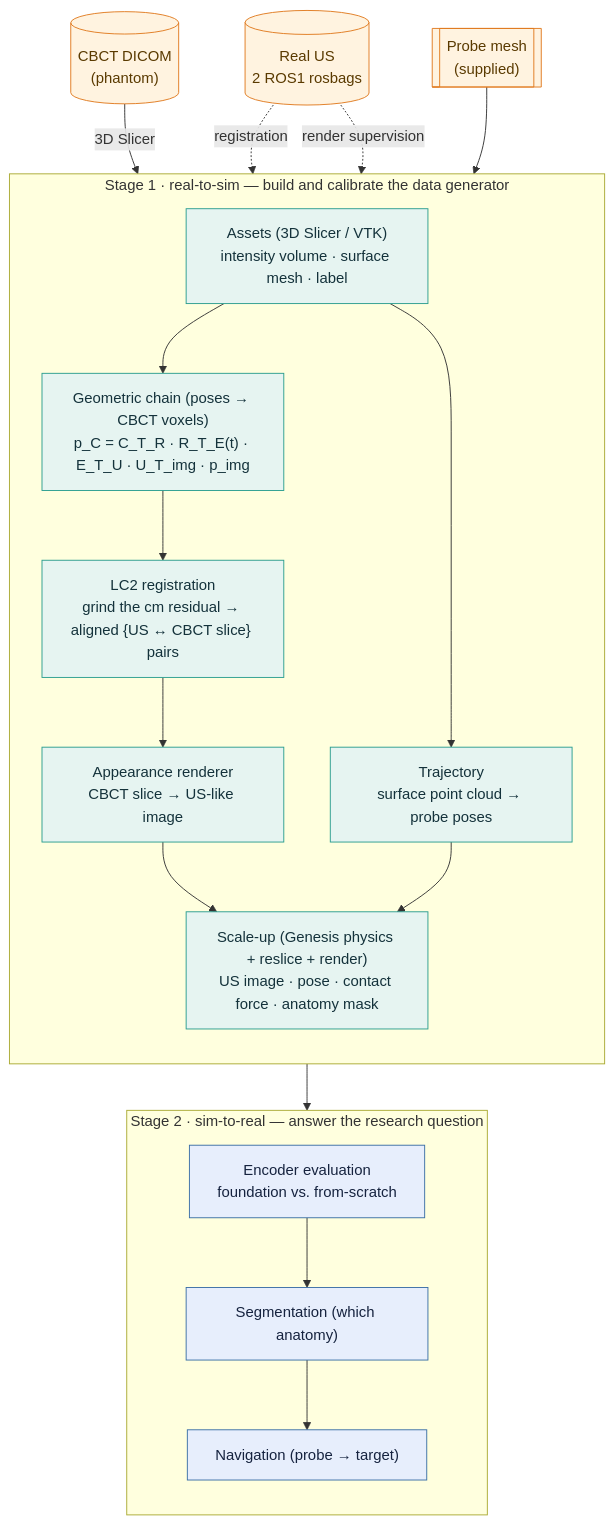
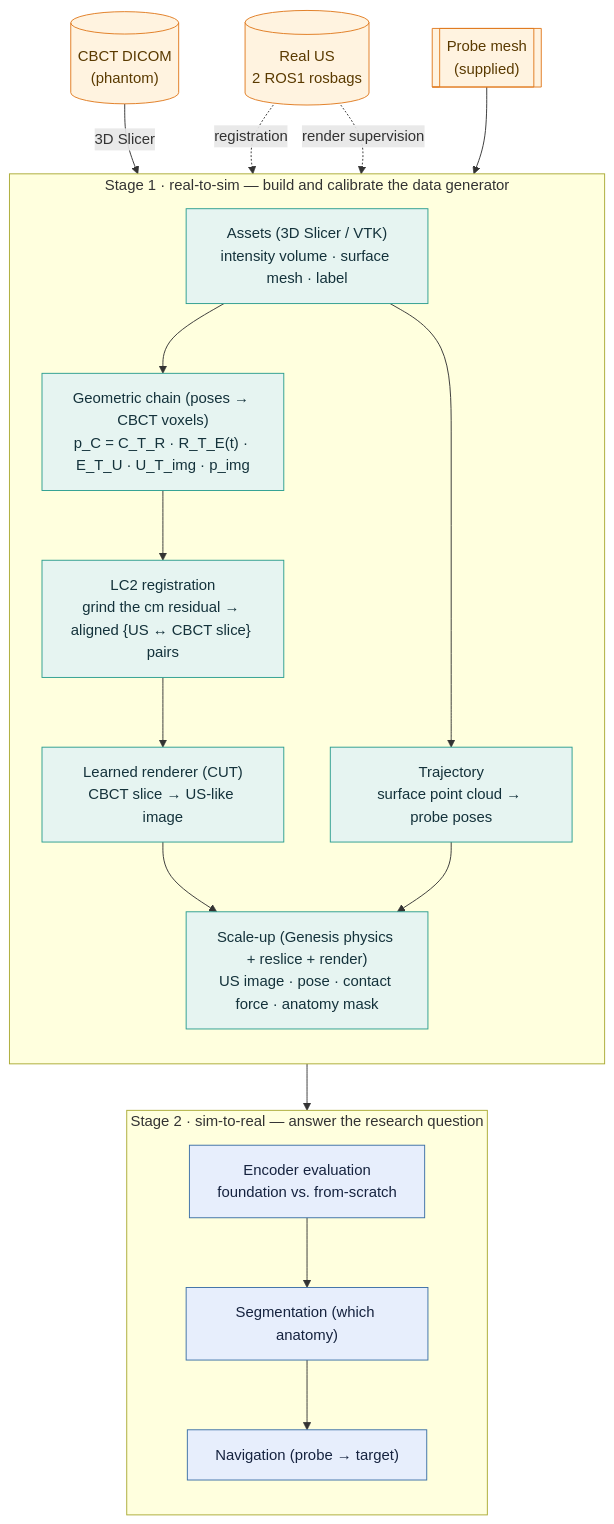
The diagram in README.md (JerryPlain/deepussim), drawn with Mermaid before and after one commit. The commit also changed other lines of this file, not shown here.

First line of the commit message:
docs(readme): B1 learned renderer done + EE-oriented trajectory; refresh Status/Layout/SLURM

````diff
--- a/README.md
+++ b/README.md
@@ -25,38 +25,38 @@
 ```mermaid
 flowchart TB
     CBCT[("CBCT DICOM<br/>(phantom)")]
     USREAL[("Real US<br/>2 ROS1 rosbags")]
     PROBE[["Probe mesh<br/>(supplied)"]]
 
     subgraph STAGE1["Stage 1 · real-to-sim — build and calibrate the data generator"]
         direction TB
         ASSETS["Assets (3D Slicer / VTK)<br/>intensity volume · surface mesh · label"]
         CHAIN["Geometric chain (poses → CBCT voxels)<br/>p_C = C_T_R · R_T_E(t) · E_T_U · U_T_img · p_img"]
         LC2["LC2 registration<br/>grind the cm residual → aligned {US ↔ CBCT slice} pairs"]
-        REND["Appearance renderer<br/>CBCT slice → US-like image"]
+        REND["Learned renderer (CUT)<br/>CBCT slice → US-like image"]
         TRAJ["Trajectory<br/>surface point cloud → probe poses"]
         SCALE["Scale-up (Genesis physics + reslice + render)<br/>US image · pose · contact force · anatomy mask"]
     end
 
     subgraph STAGE2["Stage 2 · sim-to-real — answer the research question"]
         direction TB
         ENC["Encoder evaluation<br/>foundation vs. from-scratch"]
         SEG["Segmentation (which anatomy)"]
         NAV["Navigation (probe → target)"]
     end
 
     CBCT -->|3D Slicer| ASSETS
     USREAL -. registration .-> LC2
     USREAL -. render supervision .-> REND
     PROBE --> SCALE
     ASSETS --> CHAIN --> LC2 --> REND --> SCALE
     ASSETS --> TRAJ --> SCALE
     SCALE --> ENC --> SEG --> NAV
 
     classDef s1 fill:#e6f4f1,stroke:#2a9d8f,color:#14323b;
     classDef s2 fill:#e7eefc,stroke:#3a6ea5,color:#16233f;
     classDef inp fill:#fff3e0,stroke:#e07a1f,color:#5a3a00;
     class ASSETS,CHAIN,LC2,REND,TRAJ,SCALE s1;
     class ENC,SEG,NAV s2;
     class CBCT,USREAL,PROBE inp;
 ```
````
